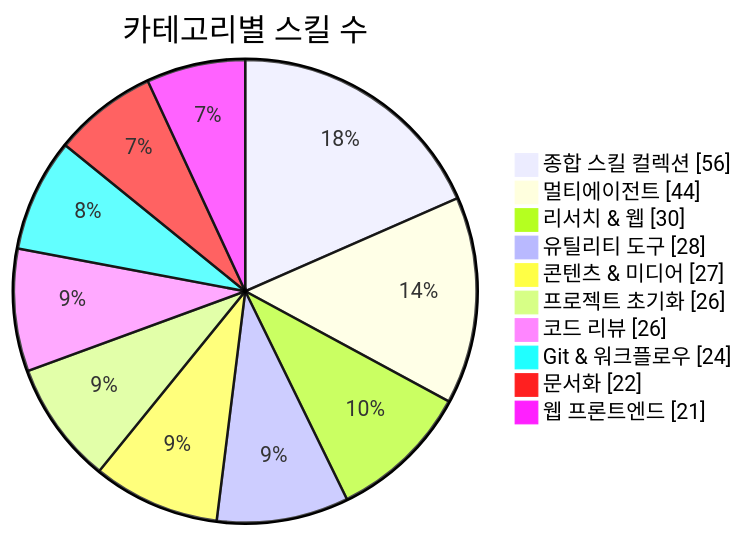
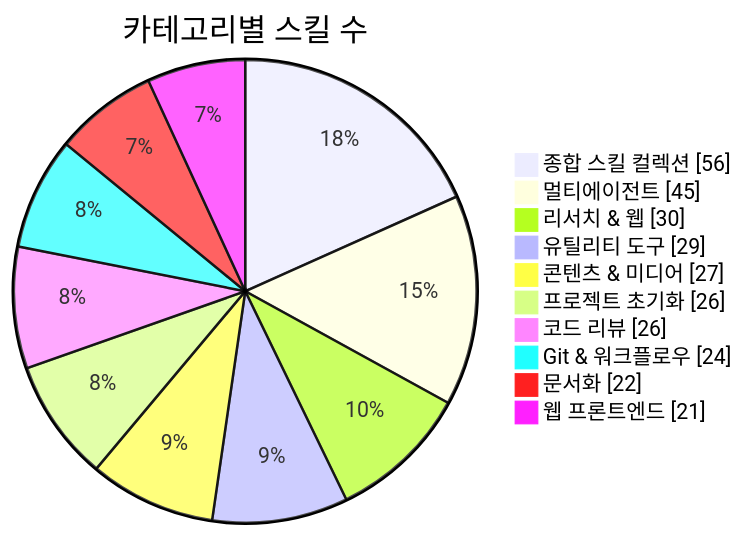
The first of 3 diagrams in README.md (J-nowcow/awesome-korean-agent-skills), drawn with Mermaid before and after one commit. The commit also changed other lines of this file and 6 other files, not shown here.

````diff
--- a/README.md
+++ b/README.md
@@ -176,14 +176,14 @@
 ```mermaid
 pie showData
     title 카테고리별 스킬 수
     "종합 스킬 컬렉션" : 56
-    "멀티에이전트" : 44
+    "멀티에이전트" : 45
     "리서치 & 웹" : 30
-    "유틸리티 도구" : 28
+    "유틸리티 도구" : 29
     "콘텐츠 & 미디어" : 27
     "프로젝트 초기화" : 26
     "코드 리뷰" : 26
     "Git & 워크플로우" : 24
     "문서화" : 22
     "웹 프론트엔드" : 21
 ```
````
